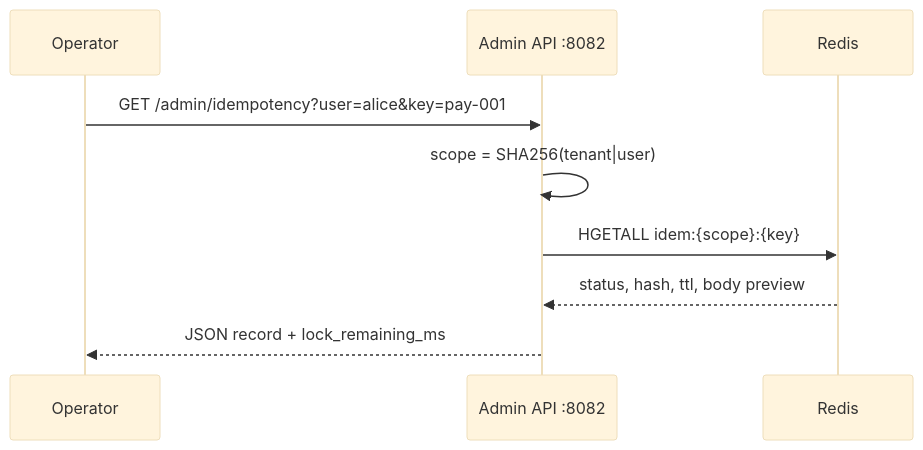
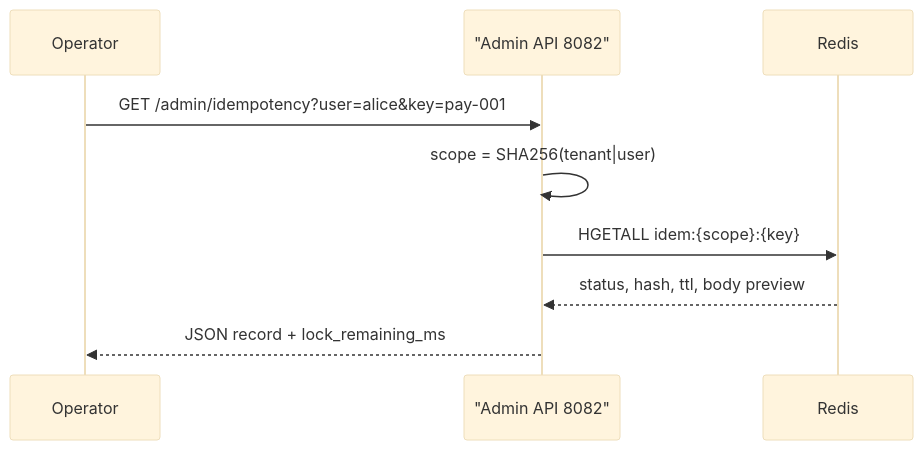
Diagram 18 of 22 in README.md (RUDRA-PRATAP-SINGH01/Distributed-rate-limiter), drawn with Mermaid (base theme) before and after one commit. The commit also changed other lines of this file and 35 other files, not shown here.

Commit message:
updated the docs diagrams

````diff
--- a/README.md
+++ b/README.md
@@ -1126,12 +1129,12 @@
 ```mermaid
 sequenceDiagram
     participant OP as Operator
-    participant ADM as Admin API :8082
+    participant ADM as "Admin API 8082"
     participant R as Redis
 
     OP->>ADM: GET /admin/idempotency?user=alice&key=pay-001
     ADM->>ADM: scope = SHA256(tenant|user)
     ADM->>R: HGETALL idem:{scope}:{key}
     R-->>ADM: status, hash, ttl, body preview
     ADM-->>OP: JSON record + lock_remaining_ms
 ```
````
